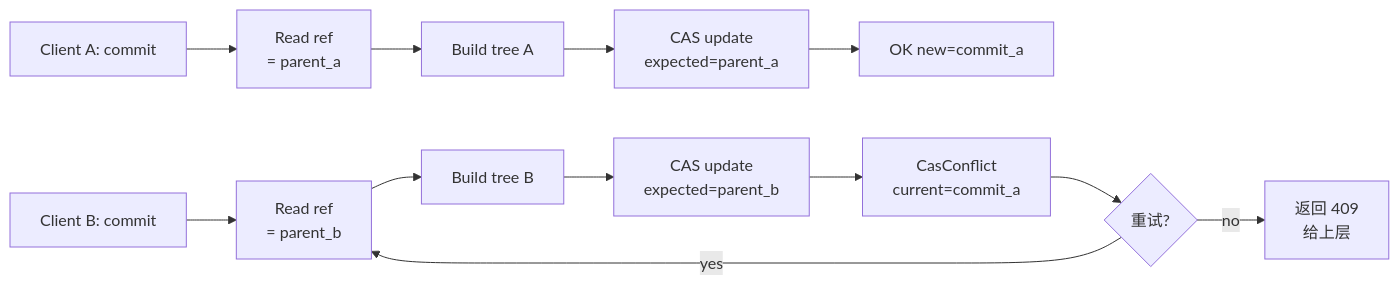
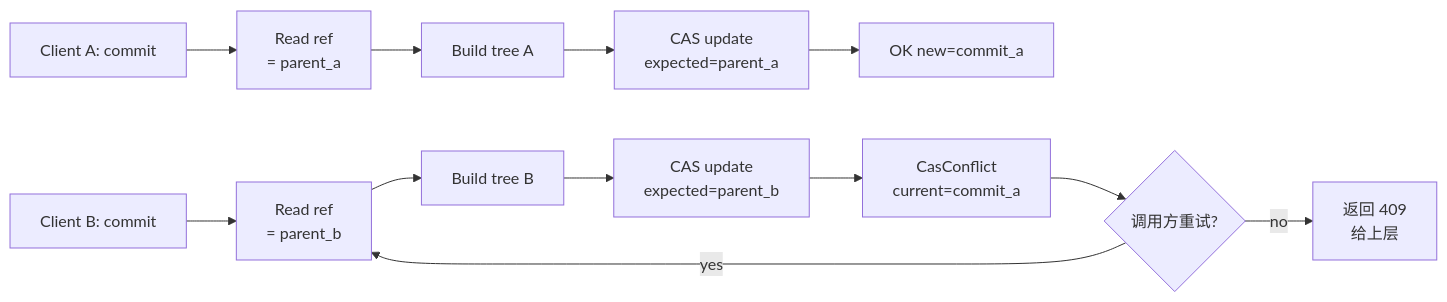
The third of 3 diagrams in docs/design/git-version-control-design.md (volcengine/OpenViking), drawn with Mermaid before and after one commit. The commit also changed other lines of this file and 2 other files, not shown here.

````diff
--- a/docs/design/git-version-control-design.md
+++ b/docs/design/git-version-control-design.md
@@ -1047,20 +1047,20 @@
 ```mermaid
 flowchart LR
     A[Client A: commit] --> A1[Read ref
 = parent_a]
     B[Client B: commit] --> B1[Read ref
 = parent_b]
     A1 --> A2[Build tree A]
     B1 --> B2[Build tree B]
     A2 --> A3[CAS update
 expected=parent_a]
     B2 --> B3[CAS update
 expected=parent_b]
     A3 --> OK1[OK new=commit_a]
     B3 --> FAIL[CasConflict
 current=commit_a]
-    FAIL --> RETRY{重试?}
+    FAIL --> RETRY{调用方重试?}
     RETRY -- yes --> B1
     RETRY -- no --> ERR[返回 409
 给上层]
 ```
````
